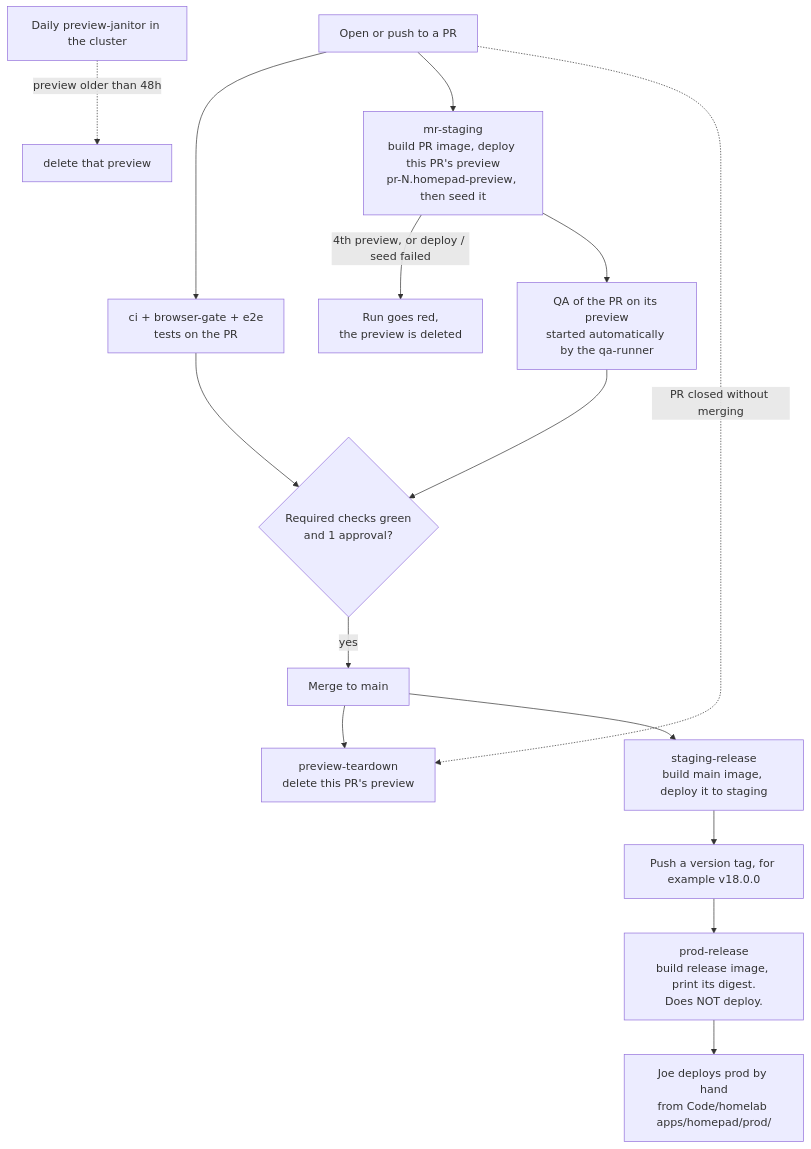
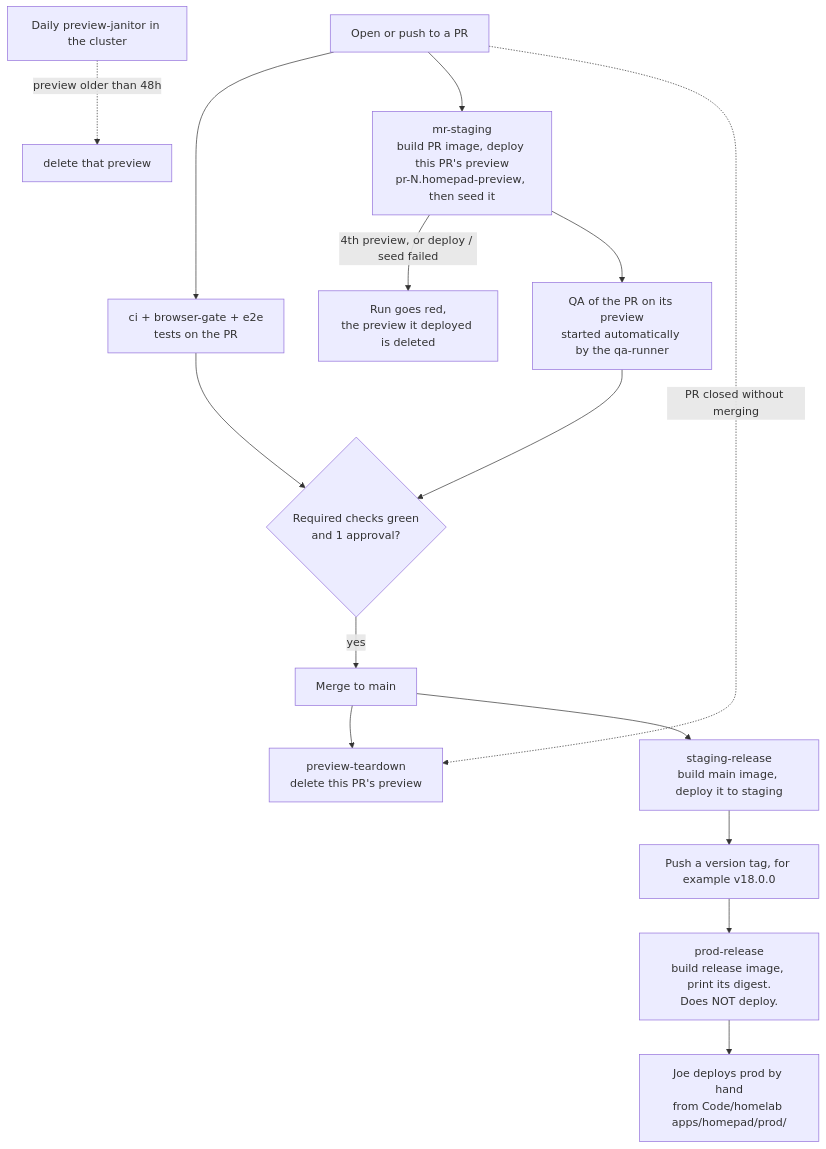
One commit to finish06/homepad changed the diagram in .gitea/workflows/README.md. Above: the diagram before and after it, drawn with Mermaid. The commit also changed other lines of this file and 10 other files, not shown here.

````diff
--- a/.gitea/workflows/README.md
+++ b/.gitea/workflows/README.md
@@ -29,17 +29,17 @@
 ```mermaid
 flowchart TD
     A["Open or push to a PR"] --> B["ci + browser-gate + e2e<br/>tests on the PR"]
     A --> C["mr-staging<br/>build PR image, deploy this PR's preview<br/>pr-N.homepad-preview, then seed it"]
-    C -->|"4th preview, or deploy / seed failed"| X["Run goes red,<br/>the preview is deleted"]
+    C -->|"4th preview, or deploy / seed failed"| X["Run goes red,<br/>the preview it deployed is deleted"]
     C --> D["QA of the PR on its preview<br/>started automatically by the qa-runner"]
     B --> E{"Required checks green<br/>and 1 approval?"}
     D --> E
     E -->|yes| F["Merge to main"]
     F --> T["preview-teardown<br/>delete this PR's preview"]
     A -.->|"PR closed without merging"| T
     F --> G["staging-release<br/>build main image, deploy it to staging"]
     G --> H["Push a version tag, for example v18.0.0"]
     H --> I["prod-release<br/>build release image, print its digest.<br/>Does NOT deploy."]
     I --> J["Joe deploys prod by hand<br/>from Code/homelab apps/homepad/prod/"]
     K["Daily preview-janitor in the cluster"] -.->|"preview older than 48h"| T2["delete that preview"]
 ```
````
